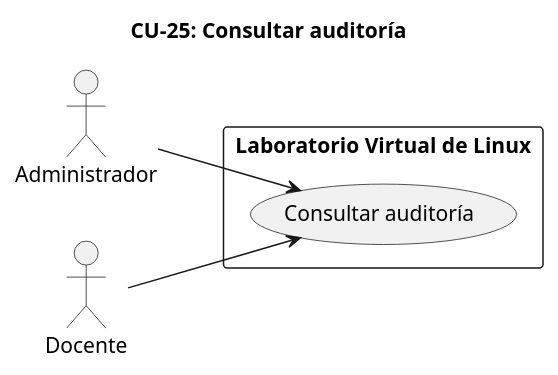
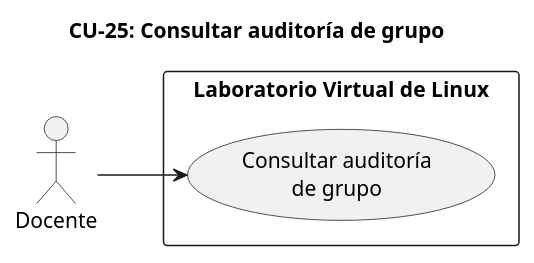
One commit to LinuxLab-UFPS/LinuxLab changed diagram 49 of 54 in docs/annexes/cu-especificacion.md. Above: the diagram before and after it, drawn with PlantUML. The commit also changed other lines of this file and 1 other file, not shown here.

````diff
--- a/docs/annexes/cu-especificacion.md
+++ b/docs/annexes/cu-especificacion.md
@@ -2193,18 +2192,16 @@
 ```plantuml
 @startuml
 left to right direction
 
-title CU-25: Consultar auditoría
+title CU-25: Consultar auditoría de grupo
 
 rectangle "Laboratorio Virtual de Linux" {
-  usecase "Consultar auditoría" as UC25
+  usecase "Consultar auditoría\nde grupo" as UC25
 }
 
-actor "Administrador" as Admin
 actor "Docente" as Doc
 
-Admin --> UC25
 Doc --> UC25
 
 @enduml
 ```
````
